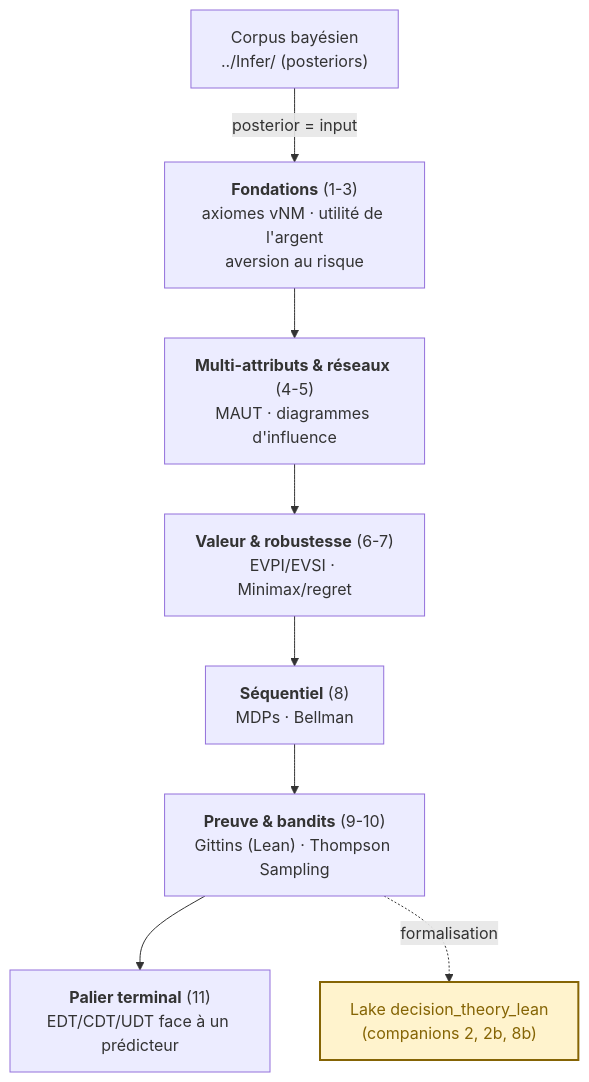
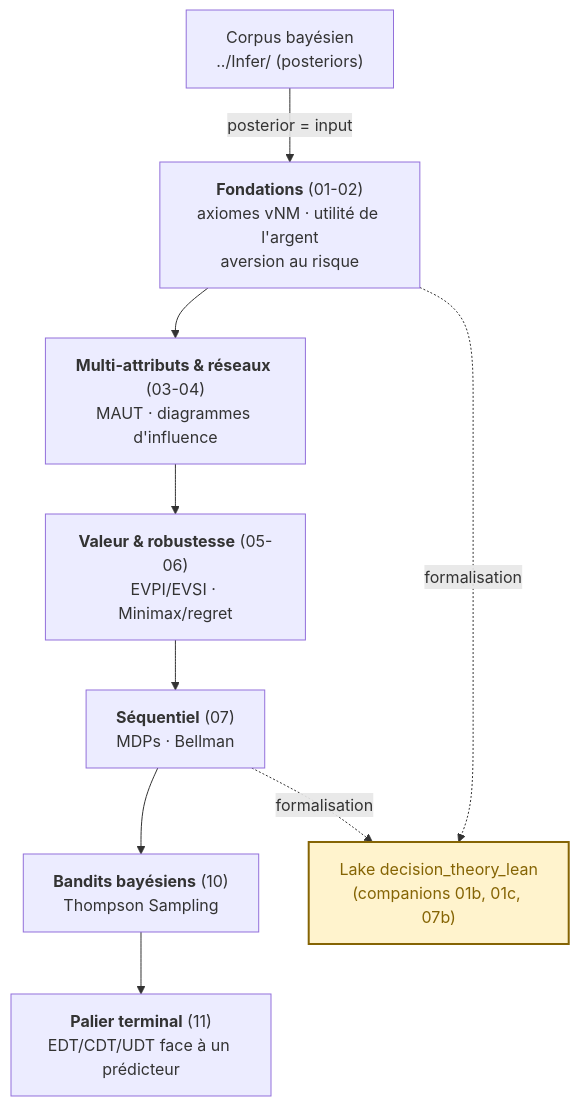
Before and after one commit to jsboige/CoursIA: the diagram in MyIA.AI.Notebooks/Probas/DecisionTheory/DecInfer/README.md, drawn with Mermaid. The commit also changed other lines of this file, not shown here.

````diff
--- a/MyIA.AI.Notebooks/Probas/DecisionTheory/DecInfer/README.md
+++ b/MyIA.AI.Notebooks/Probas/DecisionTheory/DecInfer/README.md
@@ -55,17 +50,18 @@
 ```mermaid
 flowchart TD
-    A["<b>Fondations</b> (1-3)<br/>axiomes vNM · utilité de l'argent<br/>aversion au risque"]
-    B["<b>Multi-attributs & réseaux</b> (4-5)<br/>MAUT · diagrammes d'influence"]
-    C["<b>Valeur & robustesse</b> (6-7)<br/>EVPI/EVSI · Minimax/regret"]
-    D["<b>Séquentiel</b> (8)<br/>MDPs · Bellman"]
-    E["<b>Preuve & bandits</b> (9-10)<br/>Gittins (Lean) · Thompson Sampling"]
+    A["<b>Fondations</b> (01-02)<br/>axiomes vNM · utilité de l'argent<br/>aversion au risque"]
+    B["<b>Multi-attributs & réseaux</b> (03-04)<br/>MAUT · diagrammes d'influence"]
+    C["<b>Valeur & robustesse</b> (05-06)<br/>EVPI/EVSI · Minimax/regret"]
+    D["<b>Séquentiel</b> (07)<br/>MDPs · Bellman"]
+    E["<b>Bandits bayésiens</b> (10)<br/>Thompson Sampling"]
     F["<b>Palier terminal</b> (11)<br/>EDT/CDT/UDT face à un prédicteur"]
     BAY["Corpus bayésien<br/>../Infer/ (posteriors)"]
-    LAKE["Lake decision_theory_lean<br/>(companions 2, 2b, 8b)"]
+    LAKE["Lake decision_theory_lean<br/>(companions 01b, 01c, 07b)"]
     BAY -->|"posterior = input"| A
     A --> B --> C --> D --> E --> F
-    E -.->|"formalisation"| LAKE
+    A -.->|"formalisation"| LAKE
+    D -.->|"formalisation"| LAKE
     %% color: explicite -- sans lui, libelle clair sur fond clair en mode sombre GitHub (#15022) ; ne pas harmoniser le ton avec le stroke (libelle sinon illisible)
     classDef lean fill:#fff3cd,stroke:#856404,stroke-width:2px,color:#856404;
     class LAKE lean;
 ```
````
